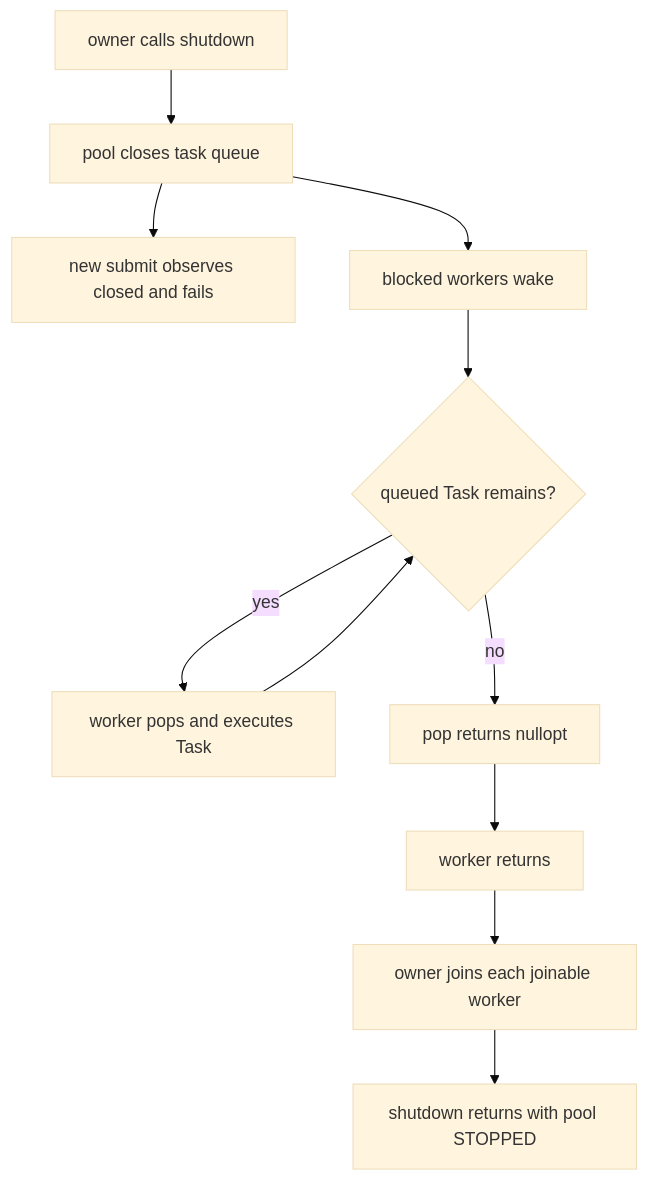
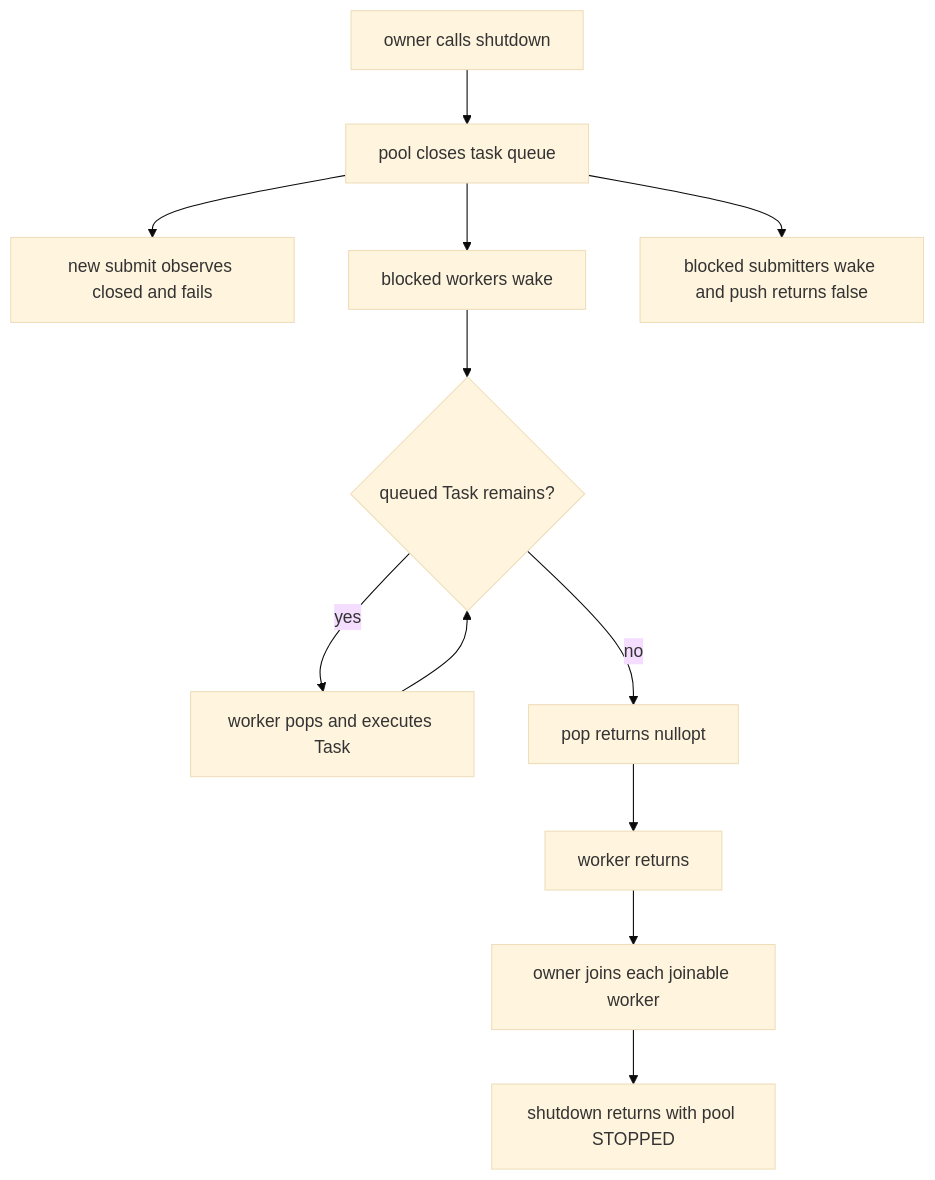
The sixth of 7 diagrams in week8/day2/day2.md (FxorG00/system-learning-notes), drawn with Mermaid (base theme) before and after one commit. The commit also changed other lines of this file and 3 other files, not shown here.

````diff
--- a/week8/day2/day2.md
+++ b/week8/day2/day2.md
@@ -833,13 +837,14 @@
 ```mermaid
 flowchart TD
     A[owner calls shutdown] --> B[pool closes task queue]
     B --> C[new submit observes closed and fails]
     B --> D[blocked workers wake]
+    B --> K[blocked submitters wake and push returns false]
     D --> E{queued Task remains?}
     E -- yes --> F[worker pops and executes Task]
     F --> E
     E -- no --> G[pop returns nullopt]
     G --> H[worker returns]
     H --> I[owner joins each joinable worker]
     I --> J[shutdown returns with pool STOPPED]
 ```
````
